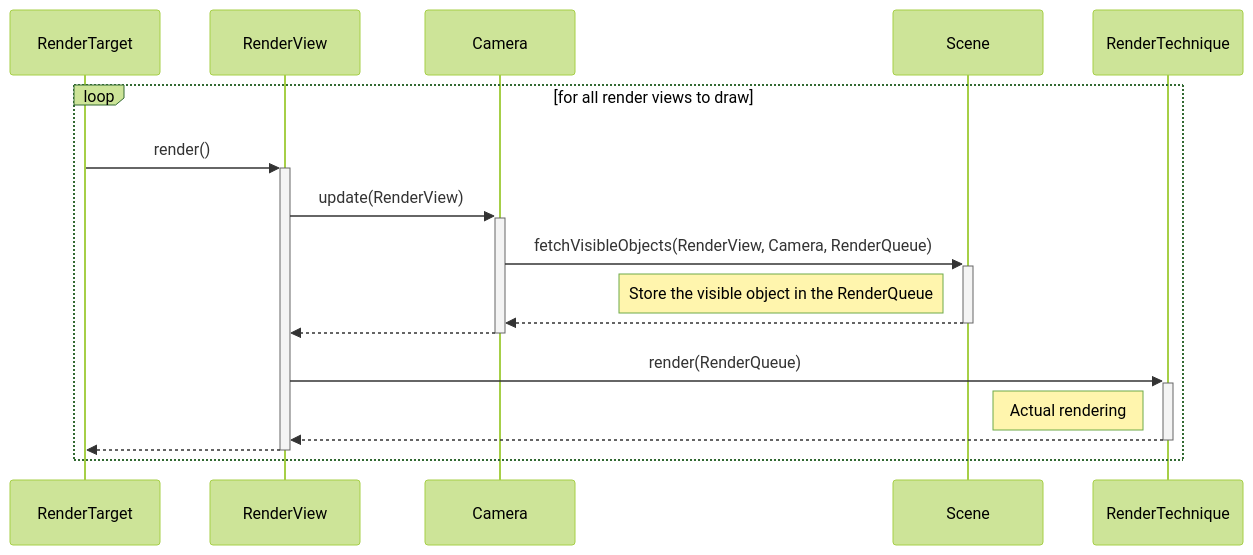
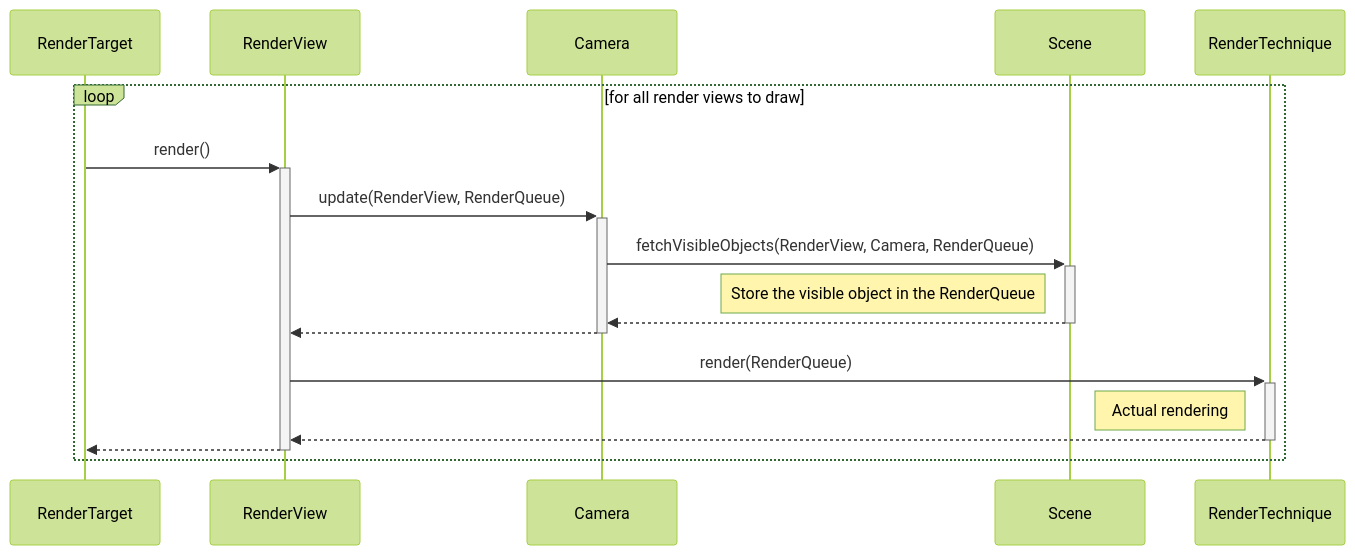
One commit to Lugdunum3D/Lugdunum changed the third of 5 diagrams in doc/architecture.md. Above: the diagram before and after it, drawn with Mermaid (forest theme). The commit also changed other lines of this file and 6 other files, not shown here.

````diff
--- a/doc/architecture.md
+++ b/doc/architecture.md
@@ -305,24 +227,24 @@
 ```mermaid
 sequenceDiagram
 participant RenderTarget
 participant RenderView
 participant Camera
 participant Scene
 participant RenderTechnique
 
 loop for all render views to draw
     RenderTarget->>+RenderView: render()
 
-    RenderView->>+Camera: update(RenderView)
+    RenderView->>+Camera: update(RenderView, RenderQueue)
     Camera->>+Scene: fetchVisibleObjects(RenderView, Camera, RenderQueue)
     note left of Scene: Store the visible object in the RenderQueue
     Scene-->>-Camera: 
     Camera-->>-RenderView: 
 
     RenderView->>+RenderTechnique: render(RenderQueue)
     note left of RenderTechnique: Actual rendering
     RenderTechnique-->>-RenderView: 
 
     RenderView-->>-RenderTarget: 
 end
 ```
````
